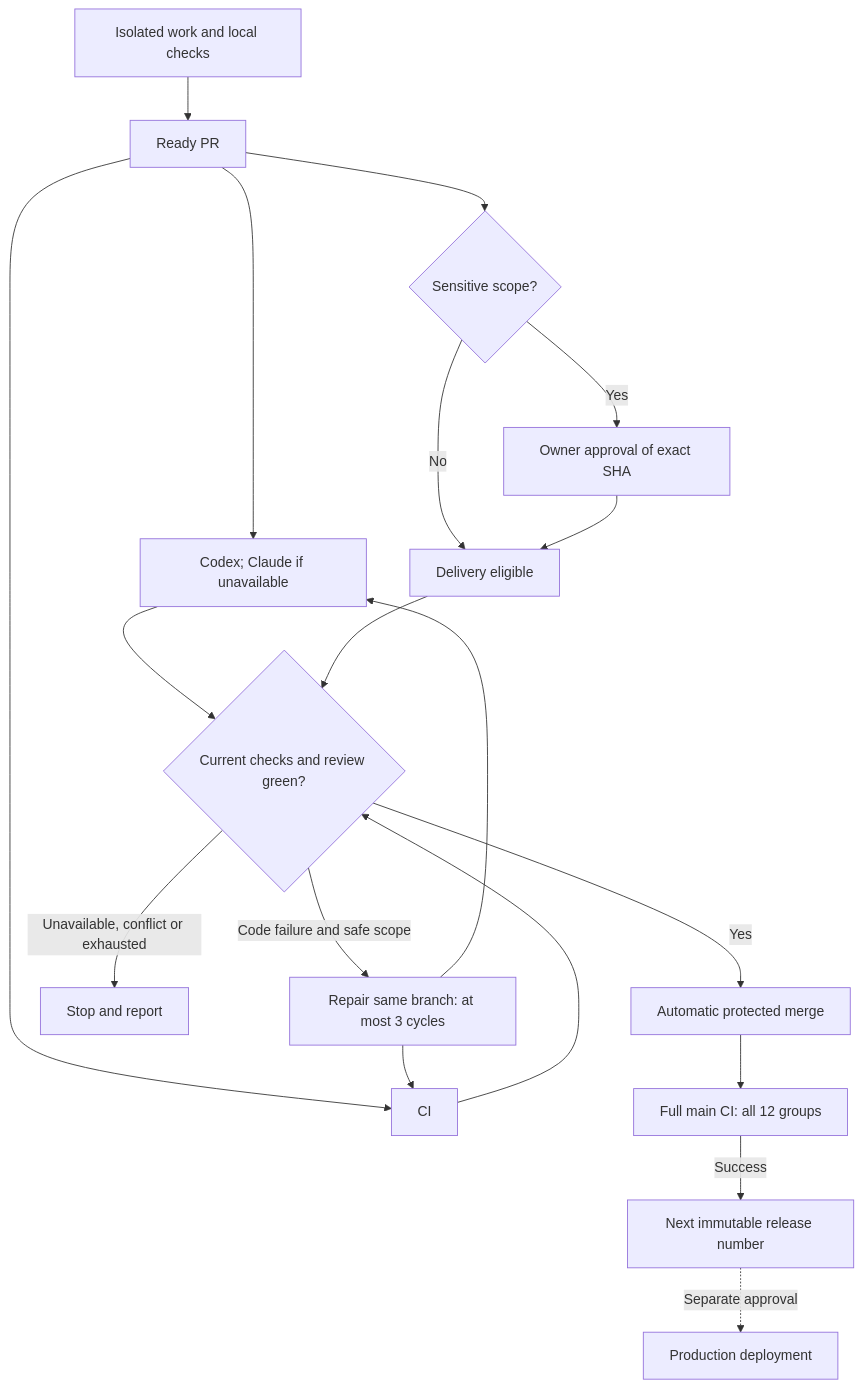
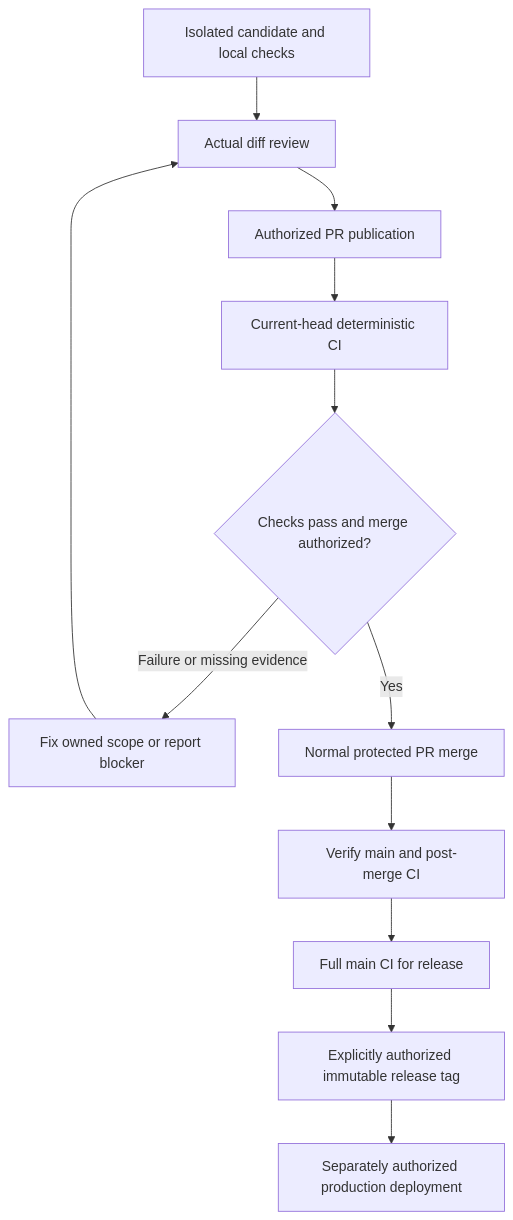
The diagram in docs/agents/integration-rules.md (tariiq222/liwan), drawn with Mermaid before and after one commit. The commit also changed other lines of this file and 37 other files, not shown here.

````diff
--- a/docs/agents/integration-rules.md
+++ b/docs/agents/integration-rules.md
@@ -147,21 +122,14 @@
 ```mermaid
 flowchart TD
-    A[Isolated work and local checks] --> B[Ready PR]
-    B --> C[Codex; Claude if unavailable]
-    B --> D[CI]
-    B --> E{Sensitive scope?}
-    E -->|Yes| F[Owner approval of exact SHA]
-    E -->|No| G[Delivery eligible]
-    F --> G
-    C --> H{Current checks and review green?}
-    D --> H
-    G --> H
-    H -->|Code failure and safe scope| I[Repair same branch: at most 3 cycles]
-    I --> C
-    I --> D
-    H -->|Unavailable, conflict or exhausted| J[Stop and report]
-    H -->|Yes| K[Automatic protected merge]
-    K --> L[Full main CI: all 12 groups]
-    L -->|Success| M[Next immutable release number]
-    M -. Separate approval .-> N[Production deployment]
+    A[Isolated candidate and local checks] --> B[Actual diff review]
+    B --> C[Authorized PR publication]
+    C --> D[Current-head deterministic CI]
+    D --> E{Checks pass and merge authorized?}
+    E -->|Failure or missing evidence| F[Fix owned scope or report blocker]
+    F --> B
+    E -->|Yes| G[Normal protected PR merge]
+    G --> H[Verify main and post-merge CI]
+    H --> I[Full main CI for release]
+    I --> J[Explicitly authorized immutable release tag]
+    J --> K[Separately authorized production deployment]
 ```
````
